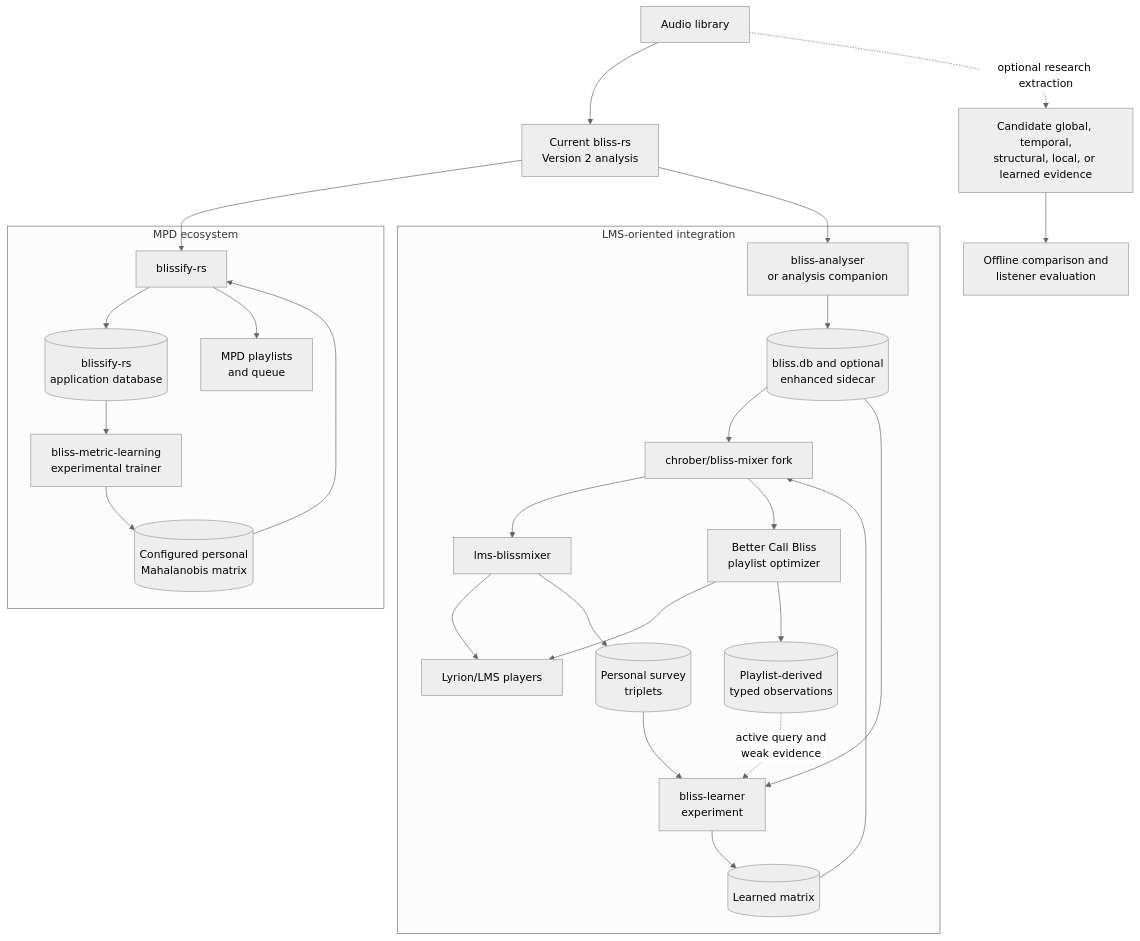
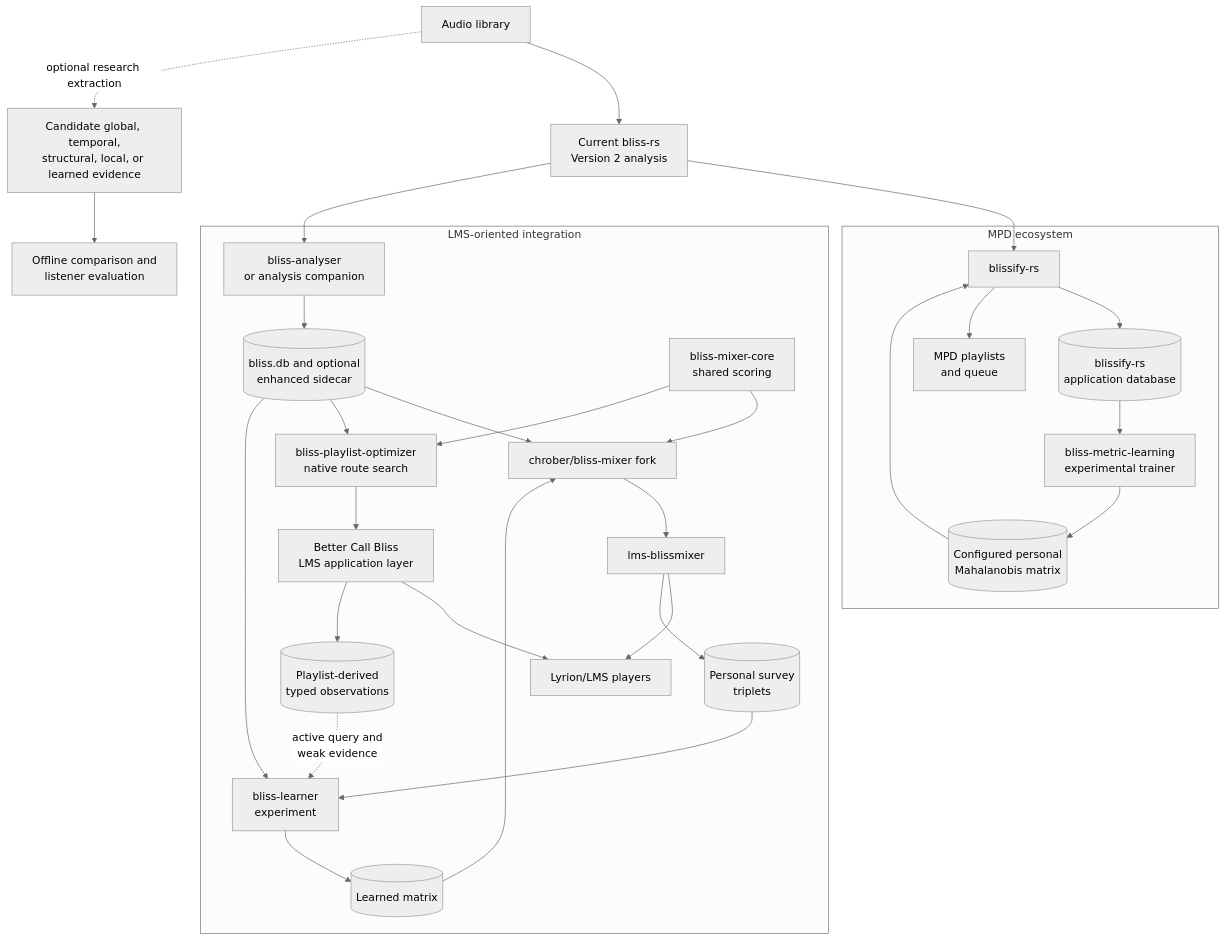
Before and after one commit to chrober/bliss-similarity-design: the diagram in docs/integration/downstream-consumers.md, drawn with Mermaid (neutral theme). The commit also changed other lines of this file and 7 other files, not shown here.

````diff
--- a/docs/integration/downstream-consumers.md
+++ b/docs/integration/downstream-consumers.md
@@ -18,37 +19,41 @@
 ```mermaid
 flowchart TB
     AUDIO[Audio library] --> BRS[Current bliss-rs<br/>Version 2 analysis]
 
     subgraph MPD[MPD ecosystem]
         BF[blissify-rs]
         BF --> MDB[(blissify-rs<br/>application database)]
         BF --> MQ[MPD playlists<br/>and queue]
         MDB --> BML[bliss-metric-learning<br/>experimental trainer]
         BML --> BMM[(Configured personal<br/>Mahalanobis matrix)]
         BMM --> BF
     end
 
     subgraph LMS[LMS-oriented integration]
         BA[bliss-analyser<br/>or analysis companion]
         BA --> LDB[(bliss.db and optional<br/>enhanced sidecar)]
+        CORE[bliss-mixer-core<br/>shared scoring]
         LDB --> MX[chrober/bliss-mixer fork]
+        CORE --> MX
         MX --> PLUGIN[lms-blissmixer]
-        MX --> BCB[Better Call Bliss<br/>playlist optimizer]
+        LDB --> OPT[bliss-playlist-optimizer<br/>native route search]
+        CORE --> OPT
+        OPT --> BCB[Better Call Bliss<br/>LMS application layer]
         PLUGIN --> PLAYER[Lyrion/LMS players]
         BCB --> PLAYER
 
         PLUGIN --> TRIP[(Personal survey<br/>triplets)]
         BCB --> PE[(Playlist-derived<br/>typed observations)]
         TRIP --> LEARN[bliss-learner<br/>experiment]
         PE -. active query and<br/>weak evidence .-> LEARN
         LDB --> LEARN
         LEARN --> LM[(Learned matrix)]
         LM --> MX
     end
 
     BRS --> BF
     BRS --> BA
 
     AUDIO -. optional research extraction .-> EXP[Candidate global, temporal,<br/>structural, local, or learned evidence]
     EXP --> STUDY[Offline comparison and<br/>listener evaluation]
 ```
````
